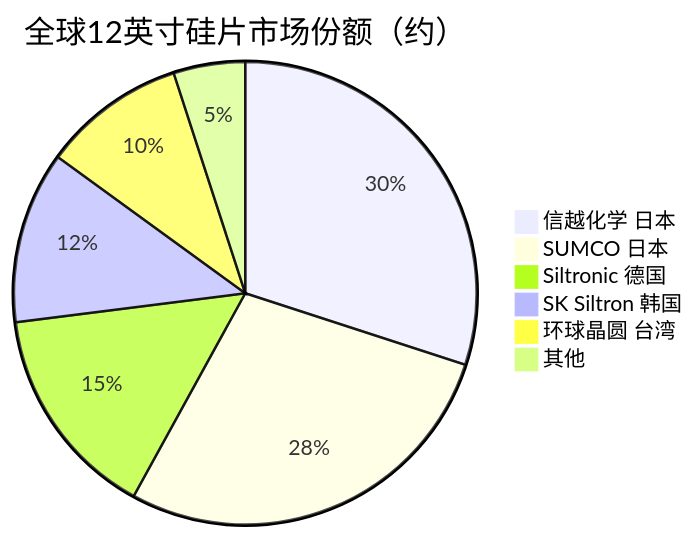
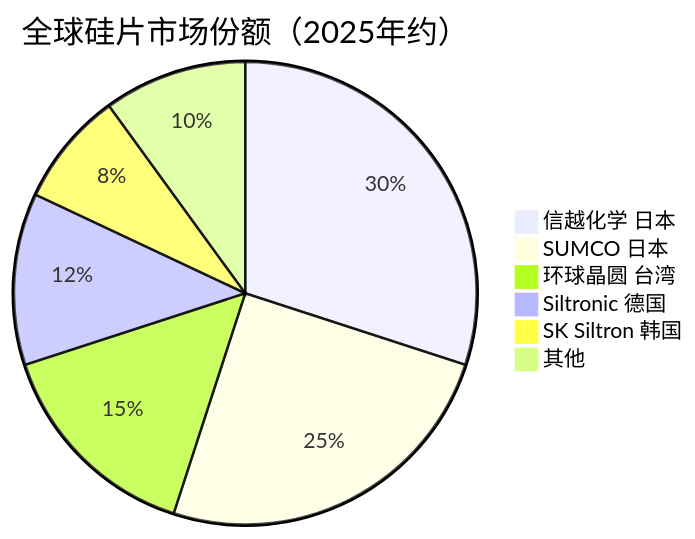
The third of 3 diagrams in AI产业链/上游/原材料/硅片.md (blueprint1453/industry-insight), drawn with Mermaid before and after one commit. The commit also changed other lines of this file and 78 other files, not shown here.

````diff
--- a/AI产业链/上游/原材料/硅片.md
+++ b/AI产业链/上游/原材料/硅片.md
@@ -86,9 +86,9 @@
 ```mermaid
-pie title 全球12英寸硅片市场份额（约）
+pie title 全球硅片市场份额（2025年约）
     "信越化学 日本" : 30
-    "SUMCO 日本" : 28
-    "Siltronic 德国" : 15
-    "SK Siltron 韩国" : 12
-    "环球晶圆 台湾" : 10
-    "其他" : 5
+    "SUMCO 日本" : 25
+    "环球晶圆 台湾" : 15
+    "Siltronic 德国" : 12
+    "SK Siltron 韩国" : 8
+    "其他" : 10
 ```
````
